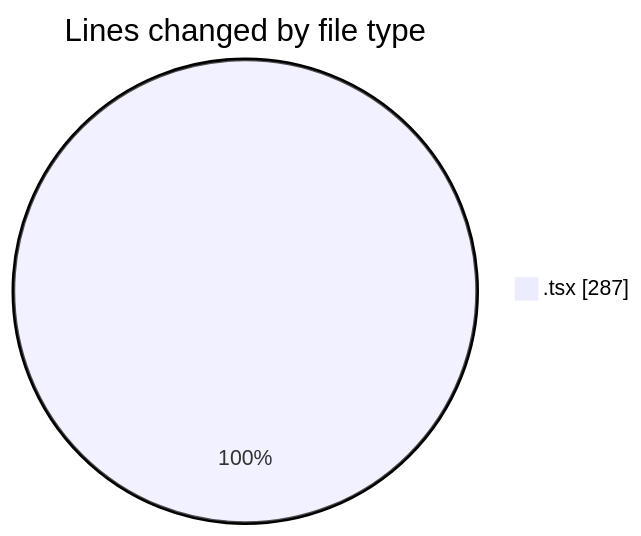
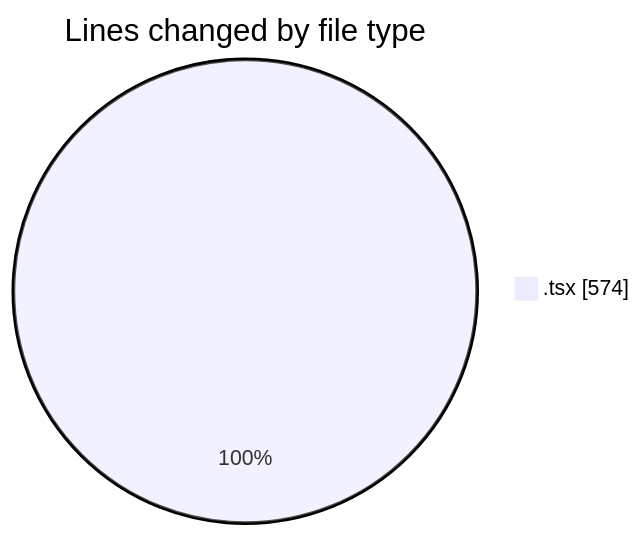
One commit to Elitesun/code-tracking changed the first of 2 diagrams in 2025-05-08/niten/README.md. Above: the diagram before and after it, drawn with Mermaid. The commit also changed other lines of this file and 1 other file, not shown here.

````diff
--- a/2025-05-08/niten/README.md
+++ b/2025-05-08/niten/README.md
@@ -20,5 +20,5 @@
 ```mermaid
 pie showData
 title Lines changed by file type
-".tsx" : 287
+".tsx" : 574
 ```
````
